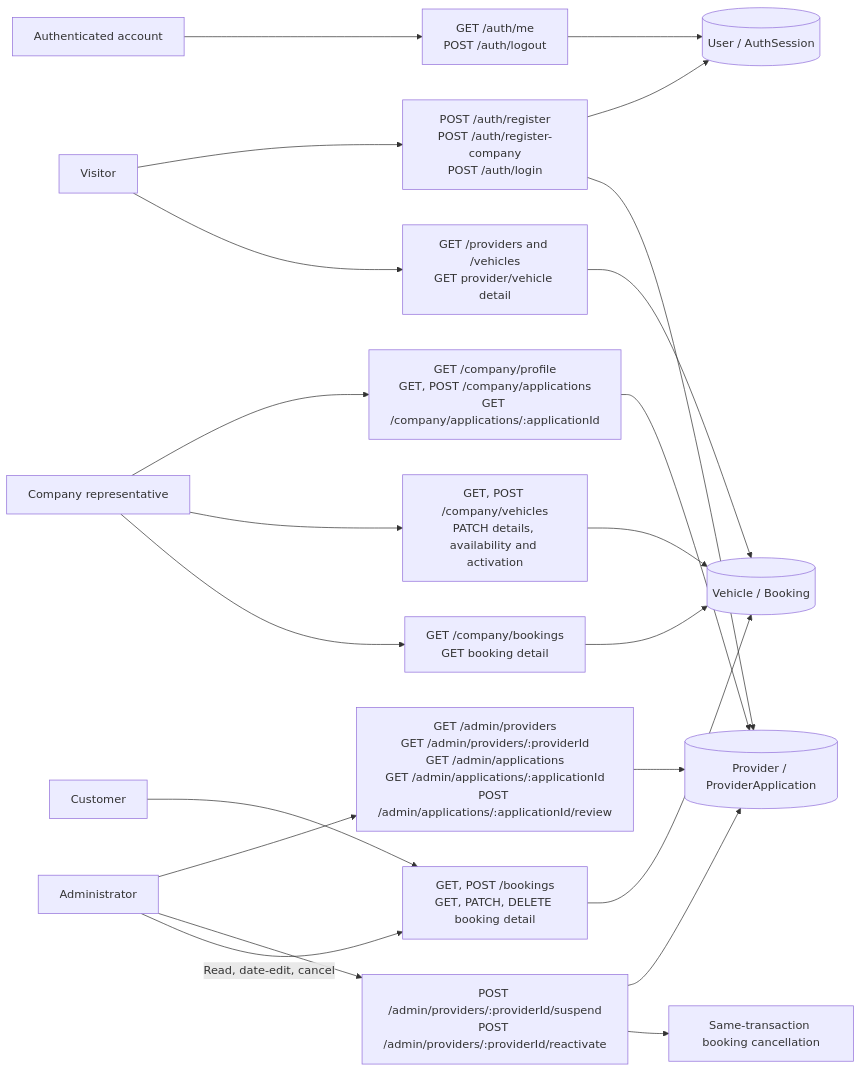
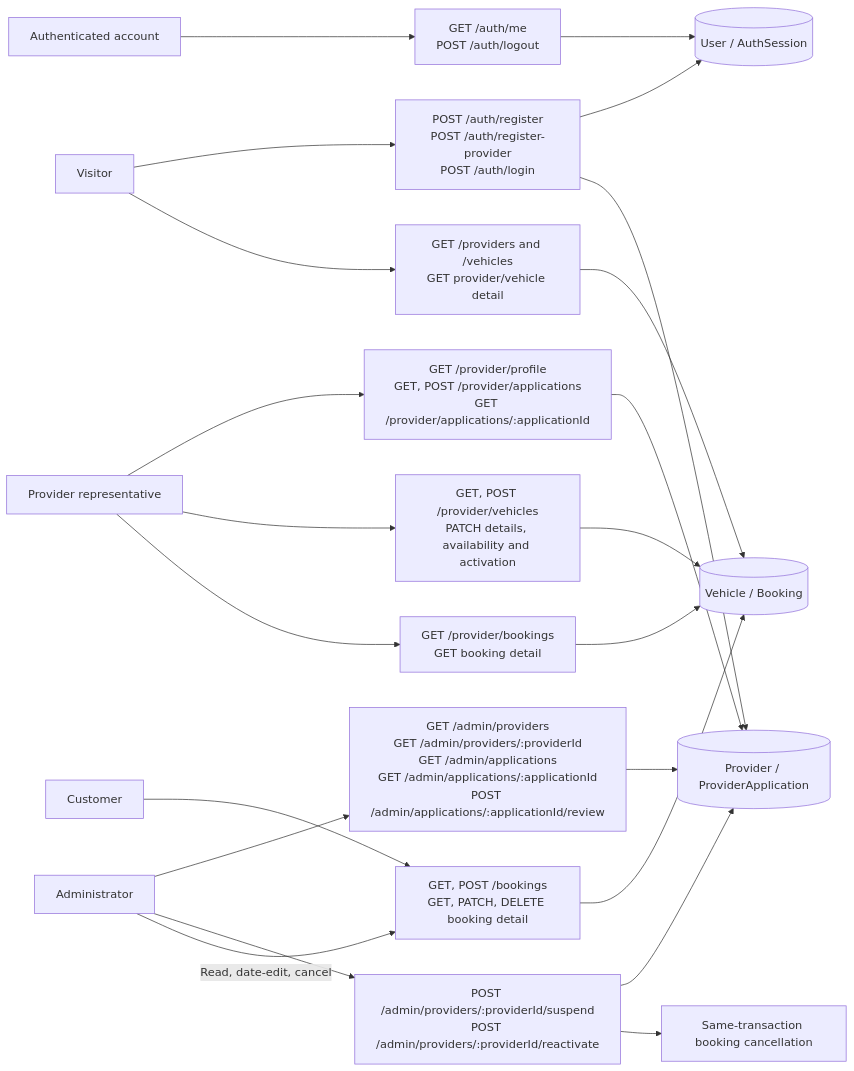
One commit to kormuyang/swdevprac1-project-dobby changed the first of 2 diagrams in docs/diagrams/api.md. Above: the diagram before and after it, drawn with Mermaid. The commit also changed other lines of this file and 60 other files, not shown here.

````diff
--- a/docs/diagrams/api.md
+++ b/docs/diagrams/api.md
@@ -5,24 +5,24 @@
 ```mermaid
 flowchart LR
-    Visitor[Visitor] --> Auth["POST /auth/register<br/>POST /auth/register-company<br/>POST /auth/login"]
+    Visitor[Visitor] --> Auth["POST /auth/register<br/>POST /auth/register-provider<br/>POST /auth/login"]
     Account[Authenticated account] --> Session["GET /auth/me<br/>POST /auth/logout"]
-    Company[Company representative] --> Own["GET /company/profile<br/>GET, POST /company/applications<br/>GET /company/applications/:applicationId"]
+    Provider[Provider representative] --> Own["GET /provider/profile<br/>GET, POST /provider/applications<br/>GET /provider/applications/:applicationId"]
     Admin[Administrator] --> Review["GET /admin/providers<br/>GET /admin/providers/:providerId<br/>GET /admin/applications<br/>GET /admin/applications/:applicationId<br/>POST /admin/applications/:applicationId/review"]
     Admin --> Lifecycle["POST /admin/providers/:providerId/suspend<br/>POST /admin/providers/:providerId/reactivate"]
     Visitor --> Discovery["GET /providers and /vehicles<br/>GET provider/vehicle detail"]
-    Company --> Vehicles["GET, POST /company/vehicles<br/>PATCH details, availability and activation"]
+    Provider --> Vehicles["GET, POST /provider/vehicles<br/>PATCH details, availability and activation"]
     Customer[Customer] --> Bookings["GET, POST /bookings<br/>GET, PATCH, DELETE booking detail"]
-    Company --> CompanyBookings["GET /company/bookings<br/>GET booking detail"]
+    Provider --> ProviderBookings["GET /provider/bookings<br/>GET booking detail"]
     Admin -->|Read, date-edit, cancel| Bookings
     Vehicles --> Rentals[(Vehicle / Booking)]
     Bookings --> Rentals
-    CompanyBookings --> Rentals
+    ProviderBookings --> Rentals
     Discovery --> Rentals
     Auth --> Users[(User / AuthSession)]
     Session --> Users
     Auth --> Providers[(Provider / ProviderApplication)]
     Own --> Providers
     Review --> Providers
     Lifecycle --> Providers
     Lifecycle --> Cancellation[Same-transaction booking cancellation]
 ```
````
